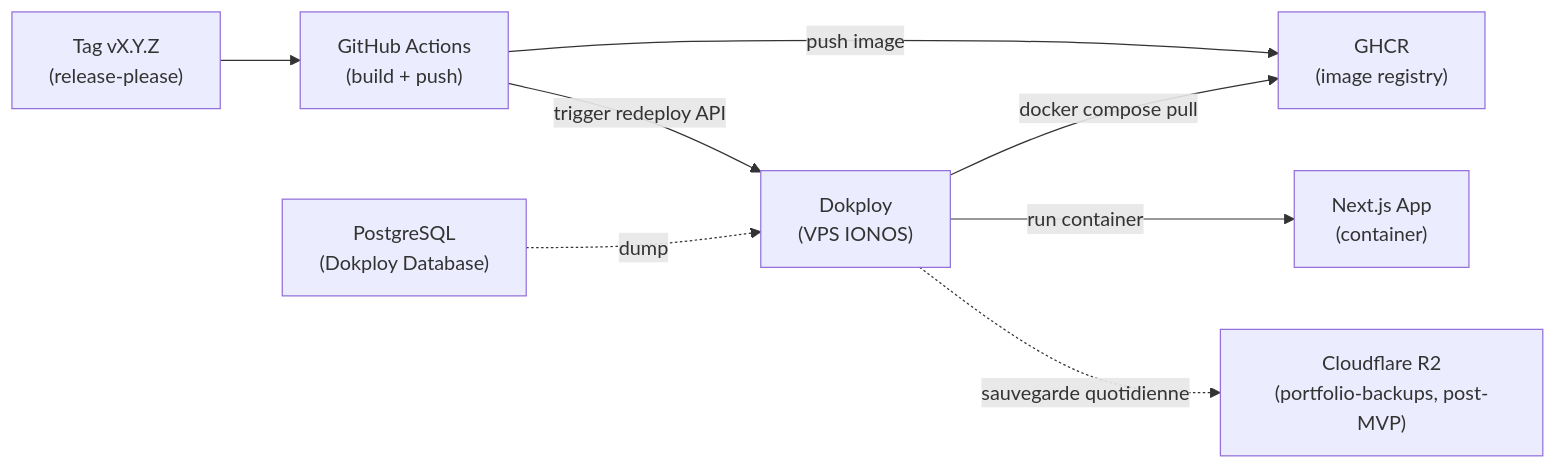
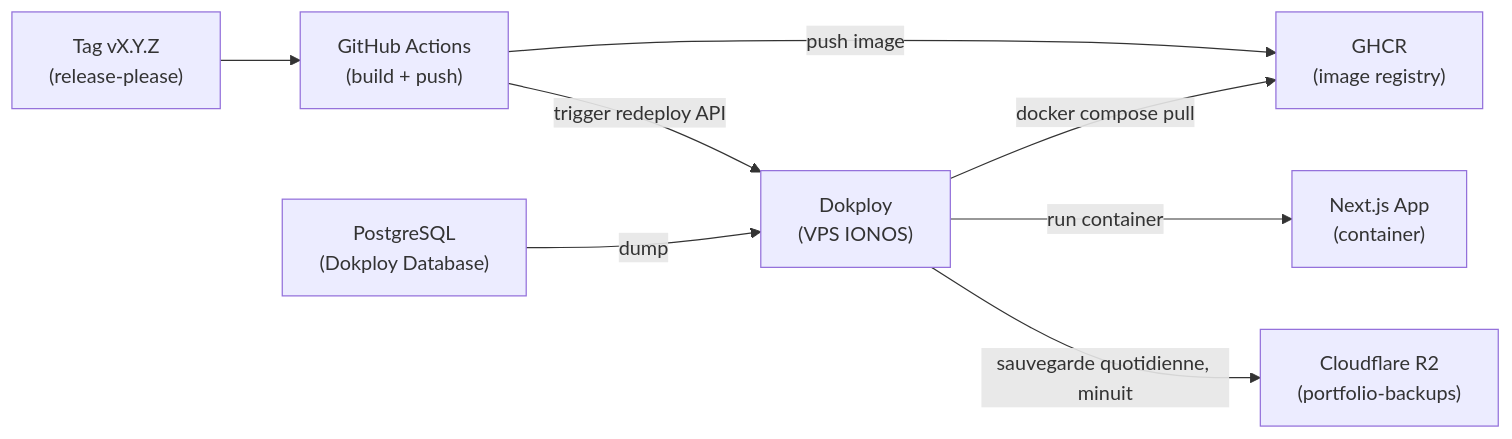
Before and after one commit to thibaud57/thibaud-geisler-portfolio: the second of 4 diagrams in docs/ARCHITECTURE.md, drawn with Mermaid. The commit also changed other lines of this file and 339 other files, not shown here.

````diff
--- a/docs/ARCHITECTURE.md
+++ b/docs/ARCHITECTURE.md
@@ -128,18 +128,18 @@
 ```mermaid
 graph LR
     Tag["Tag vX.Y.Z<br/>(release-please)"]
     GHA["GitHub Actions<br/>(build + push)"]
     GHCR["GHCR<br/>(image registry)"]
     Dokploy["Dokploy<br/>(VPS IONOS)"]
     Next["Next.js App<br/>(container)"]
     PG["PostgreSQL<br/>(Dokploy Database)"]
-    R2["Cloudflare R2<br/>(portfolio-backups, post-MVP)"]
+    R2["Cloudflare R2<br/>(portfolio-backups)"]
 
     Tag --> GHA
     GHA -->|push image| GHCR
     GHA -->|trigger redeploy API| Dokploy
     Dokploy -->|docker compose pull| GHCR
     Dokploy -->|run container| Next
-    PG -.->|dump| Dokploy
-    Dokploy -.->|sauvegarde quotidienne| R2
+    PG -->|dump| Dokploy
+    Dokploy -->|sauvegarde quotidienne, minuit| R2
 ```
````
